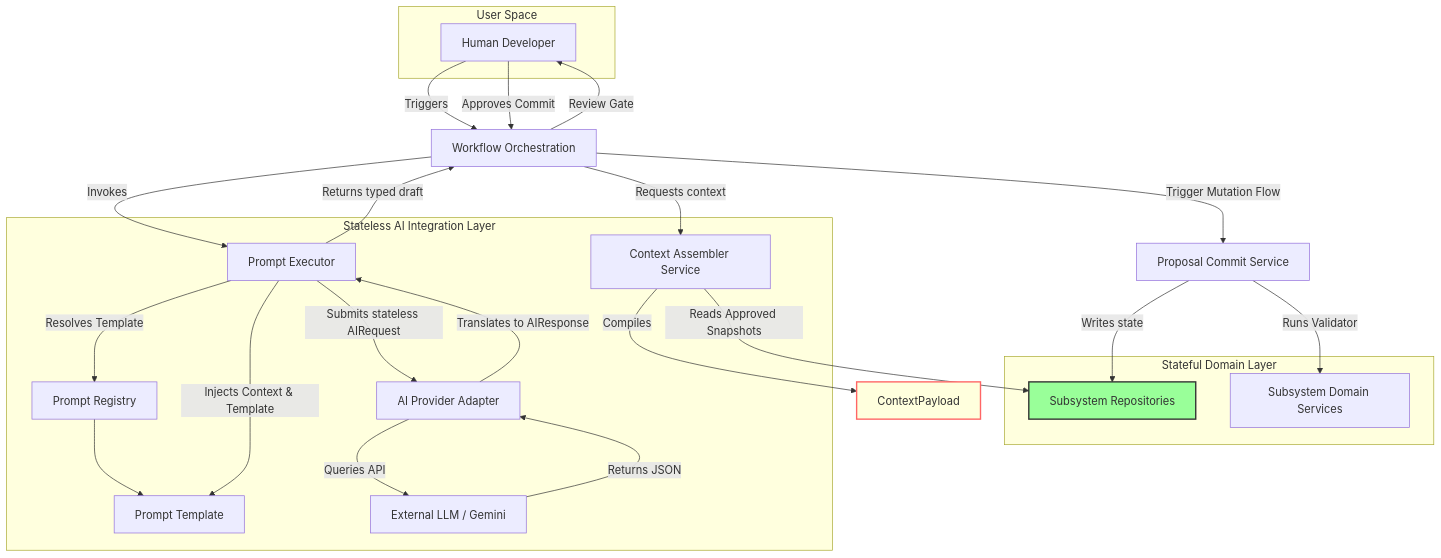
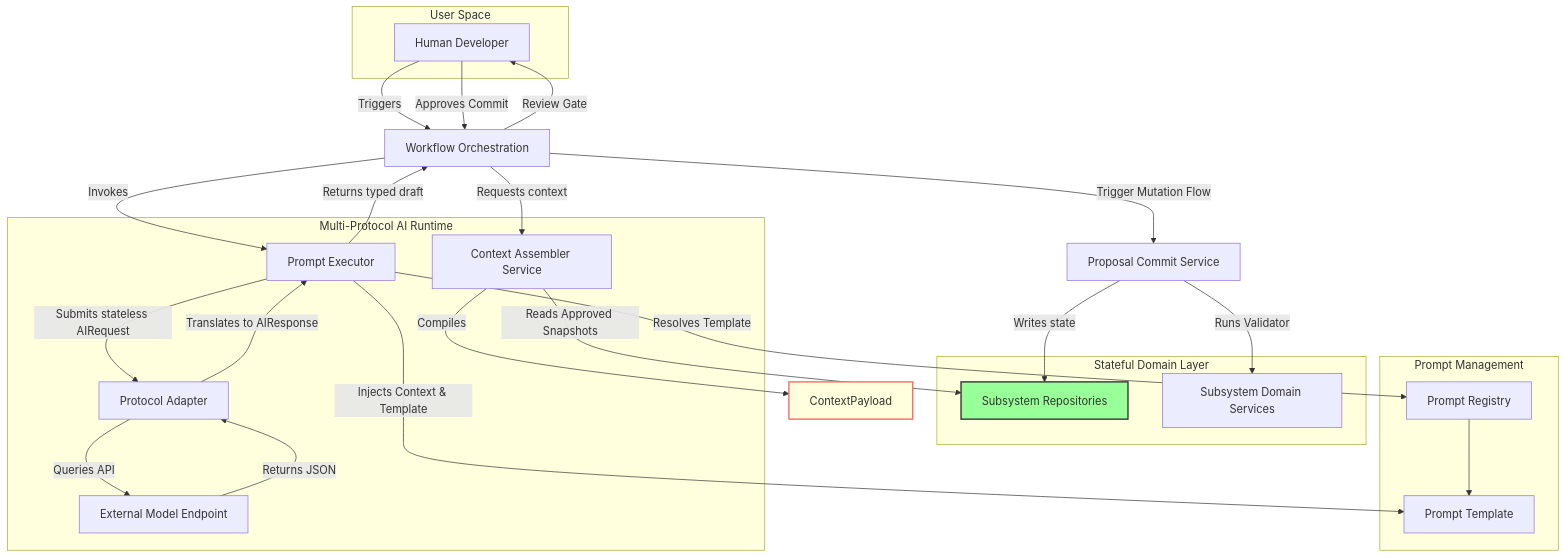
One commit to sahil-mangla/atlas changed the diagram in docs/diagrams/intelligence-layer.md. Above: the diagram before and after it, drawn with Mermaid. The commit also changed 34 other files, not shown here.

````diff
--- a/docs/diagrams/intelligence-layer.md
+++ b/docs/diagrams/intelligence-layer.md
@@ -5,44 +5,47 @@
 ```mermaid
 graph TD
     classDef safety fill:#ffd,stroke:#f66,stroke-width:2px;
     classDef database fill:#9f9,stroke:#333,stroke-width:2px;
 
     subgraph User Space
         User[Human Developer]
     end
 
     subgraph Stateful Domain Layer
         Repo[Subsystem Repositories]:::database
         DomainServ[Subsystem Domain Services]
     end
 
-    subgraph Stateless AI Integration Layer
+    subgraph Prompt Management
+        Registry[Prompt Registry]
+        Prompt[Prompt Template]
+    end
+
+    subgraph Multi-Protocol AI Runtime
         CA[Context Assembler Service]
         Executor[Prompt Executor]
-        Registry[Prompt Registry]
-        Prompt[Prompt Template]
-        Provider[AI Provider Adapter]
-        Model[External LLM / Gemini]
+        Provider[Protocol Adapter]
+        Model[External Model Endpoint]
     end
 
     User -->|Triggers| WO[Workflow Orchestration]
     WO -->|Requests context| CA
     CA -->|Reads Approved Snapshots| Repo
     CA -->|Compiles| Context[ContextPayload]:::safety
     WO -->|Invokes| Executor
     Executor -->|Resolves Template| Registry
     Registry --> Prompt
     Executor -->|Injects Context & Template| Prompt
     Executor -->|Submits stateless AIRequest| Provider
     Provider -->|Queries API| Model
     Model -->|Returns JSON| Provider
     Provider -->|Translates to AIResponse| Executor
     Executor -->|Returns typed draft| WO
     
     WO -->|Review Gate| User
     
     User -->|Approves Commit| WO
     WO -->|Trigger Mutation Flow| CommServ[Proposal Commit Service]
     CommServ -->|Runs Validator| DomainServ
     CommServ -->|Writes state| Repo
 ```
````
